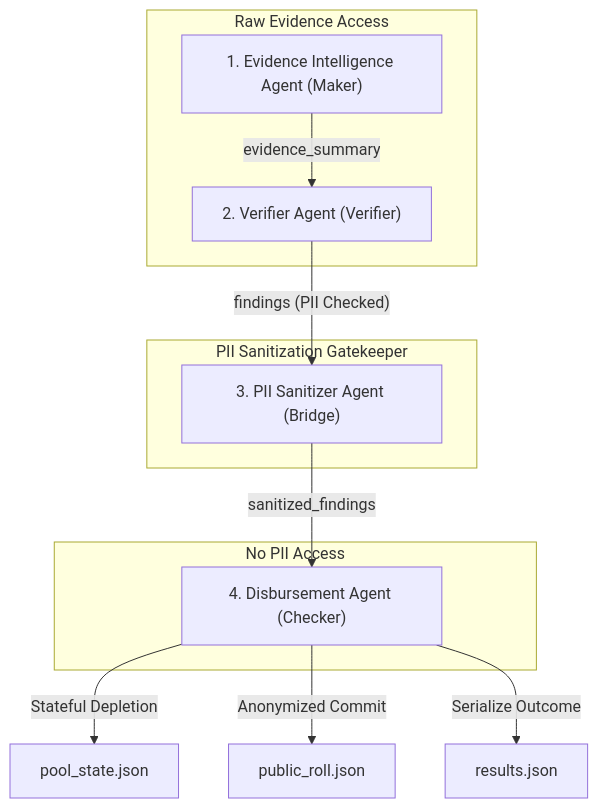
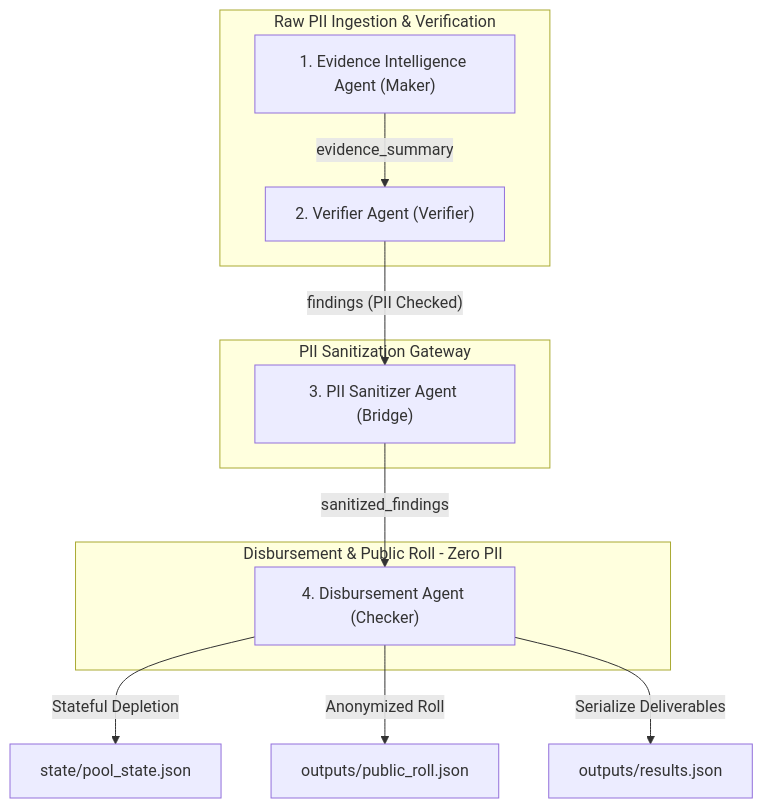
One commit to UsmanBari/nhsg-ai-platform changed the diagram in README.md. Above: the diagram before and after it, drawn with Mermaid. The commit also changed other lines of this file, not shown here.

````diff
--- a/README.md
+++ b/README.md
@@ -23,22 +25,22 @@
 ```mermaid
 graph TD
-    subgraph Maker Zone [Raw Evidence Access]
+    subgraph Maker Zone [Raw PII Ingestion & Verification]
         A["1. Evidence Intelligence Agent (Maker)"]
         B["2. Verifier Agent (Verifier)"]
         A -- "evidence_summary" --> B
     end
 
-    subgraph Secure Bridge [PII Sanitization Gatekeeper]
+    subgraph Secure Bridge [PII Sanitization Gateway]
         C["3. PII Sanitizer Agent (Bridge)"]
         B -- "findings (PII Checked)" --> C
     end
 
-    subgraph Checker Zone [No PII Access]
+    subgraph Checker Zone [Disbursement & Public Roll - Zero PII]
         D["4. Disbursement Agent (Checker)"]
         C -- "sanitized_findings" --> D
     end
 
-    D -- "Stateful Depletion" --> E["pool_state.json"]
-    D -- "Anonymized Commit" --> F["public_roll.json"]
-    D -- "Serialize Outcome" --> G["results.json"]
+    D -- "Stateful Depletion" --> E["state/pool_state.json"]
+    D -- "Anonymized Roll" --> F["outputs/public_roll.json"]
+    D -- "Serialize Deliverables" --> G["outputs/results.json"]
 ```
````
